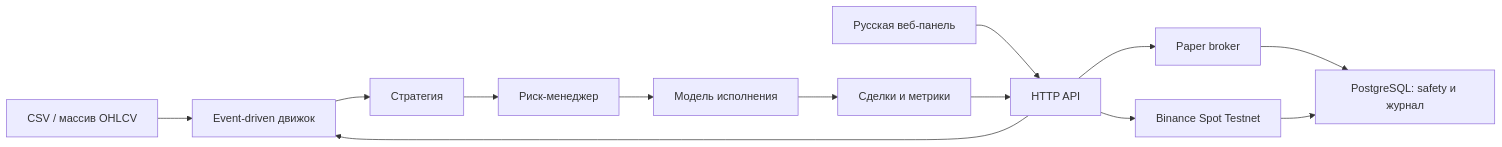
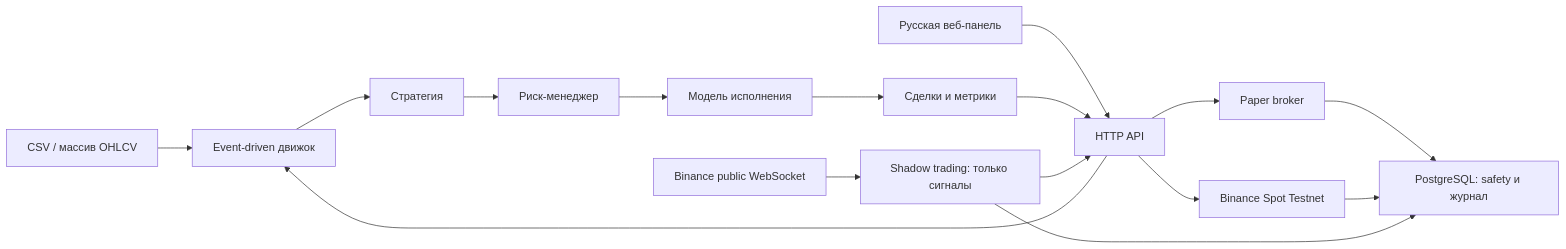
Before and after one commit to PCenjoyer/TradingMaster: the diagram in README.md, drawn with Mermaid. The commit also changed other lines of this file and 27 other files, not shown here.

Commit message:
Добавлен безопасный shadow trading

```diff
--- a/README.md
+++ b/README.md
@@ -99,15 +105,18 @@
 ~~~mermaid
 flowchart LR
     D["CSV / массив OHLCV"] --> E["Event-driven движок"]
     E --> S["Стратегия"]
     S --> R["Риск-менеджер"]
     R --> F["Модель исполнения"]
     F --> M["Сделки и метрики"]
     A["HTTP API"] --> E
     U["Русская веб-панель"] --> A
     M --> A
     P["Paper broker"] --> J["PostgreSQL: safety и журнал"]
     A --> P
     A --> T["Binance Spot Testnet"]
     T --> J
+    W["Binance public WebSocket"] --> H["Shadow trading: только сигналы"]
+    H --> J
+    H --> A
 ~~~
```
